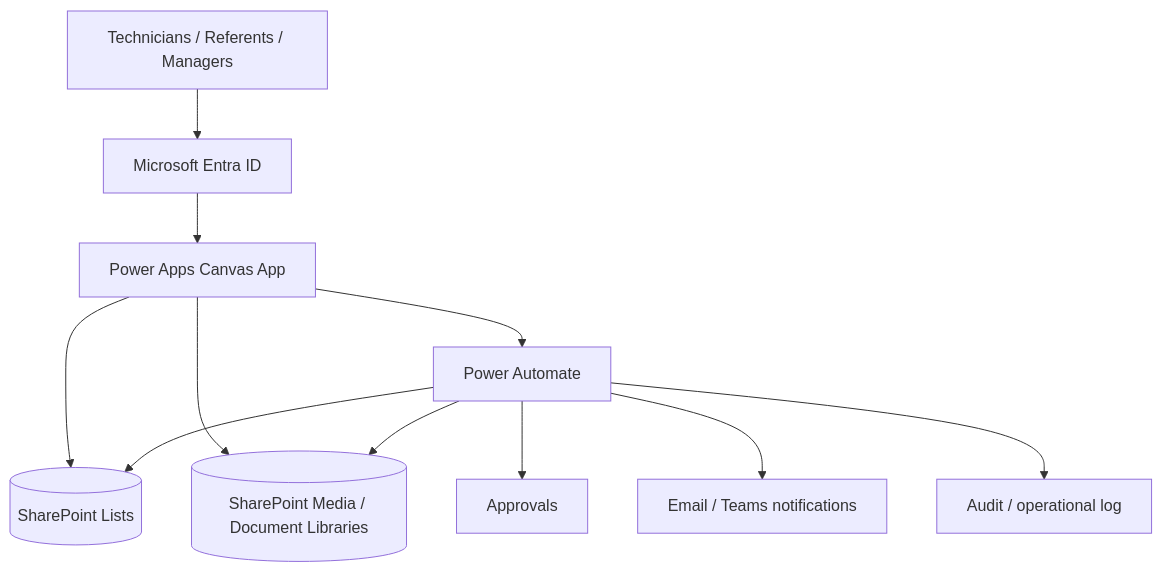
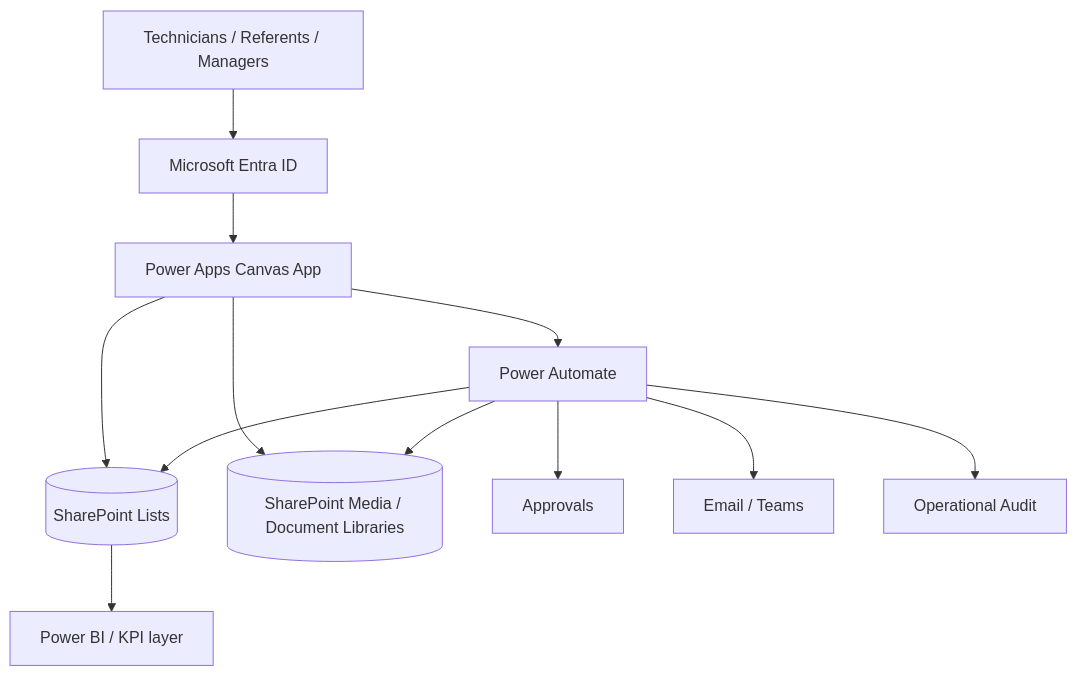
The first of 4 diagrams in projects/building-operations-hub/README.md (jeffersonkuku/jefferson-Mawapanga-Saku), drawn with Mermaid before and after one commit. The commit also changed other lines of this file and 5 other files, not shown here.

````diff
--- a/projects/building-operations-hub/README.md
+++ b/projects/building-operations-hub/README.md
@@ -67,13 +243,17 @@
 ```mermaid
 flowchart TB
     U[Technicians / Referents / Managers] --> ENTRA[Microsoft Entra ID]
     ENTRA --> APP[Power Apps Canvas App]
+
     APP --> SP[(SharePoint Lists)]
     APP --> LIB[(SharePoint Media / Document Libraries)]
     APP --> FLOW[Power Automate]
+
     FLOW --> SP
     FLOW --> LIB
     FLOW --> APPR[Approvals]
-    FLOW --> NOTIF[Email / Teams notifications]
-    FLOW --> AUDIT[Audit / operational log]
+    FLOW --> MSG[Email / Teams]
+    FLOW --> AUDIT[Operational Audit]
+
+    SP --> BI[Power BI / KPI layer]
 ```
````
